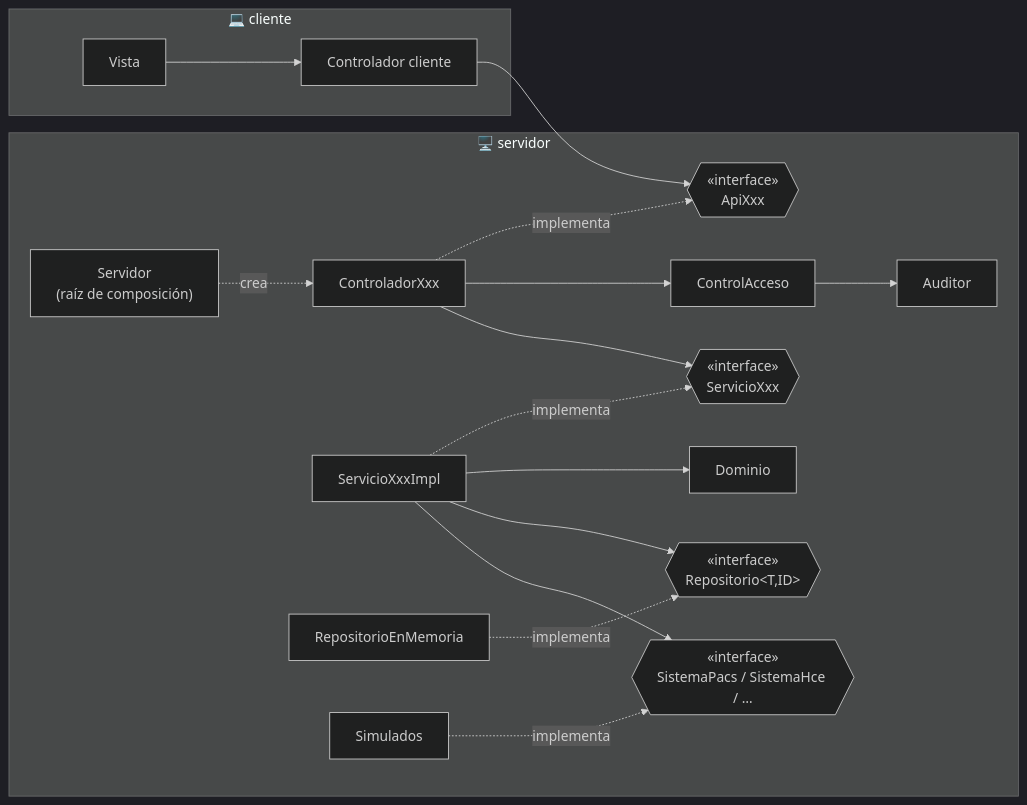
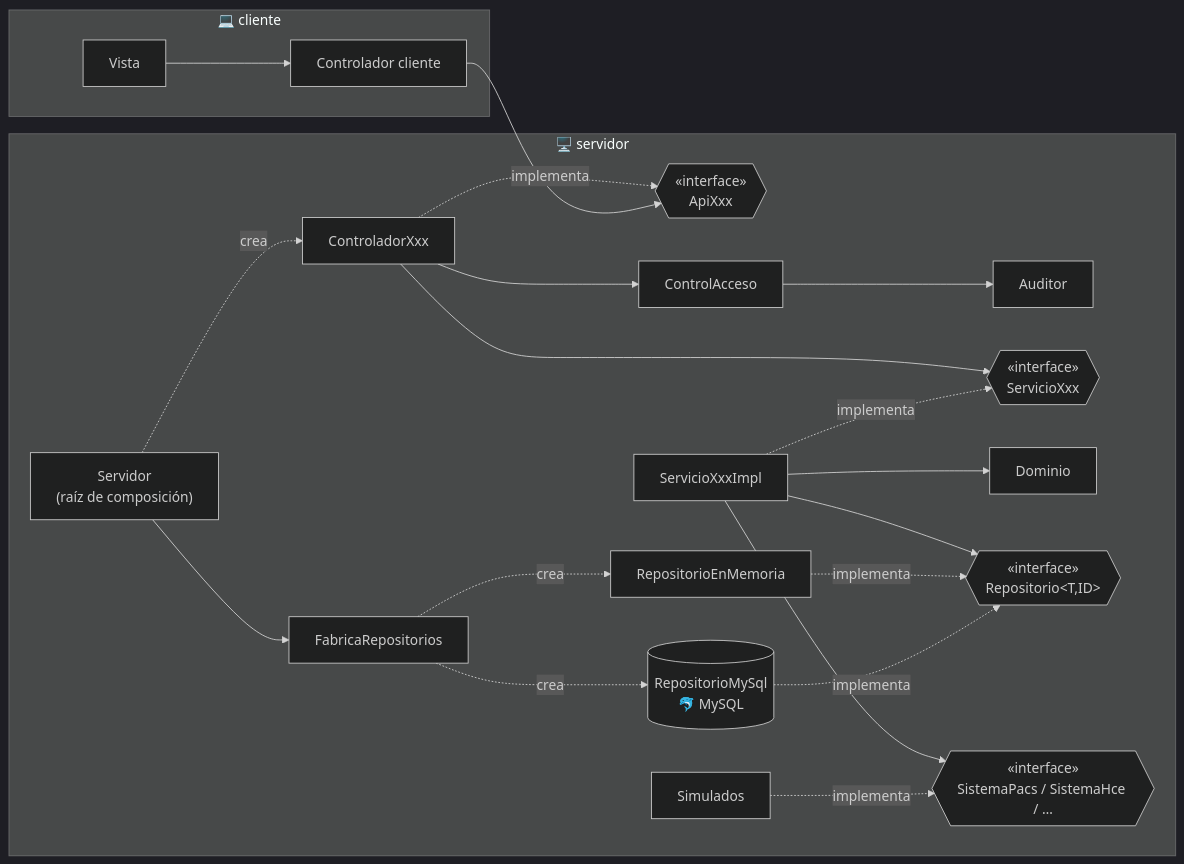
One commit to CarmenOrmeno/ISO26-ISO2-Grupo changed the first of 2 diagrams in docs/wiki/Arquitectura.md. Above: the diagram before and after it, drawn with Mermaid (dark theme). The commit also changed other lines of this file and 5 other files, not shown here.

````diff
--- a/docs/wiki/Arquitectura.md
+++ b/docs/wiki/Arquitectura.md
@@ -22,31 +22,37 @@
 ```mermaid
 flowchart LR
     subgraph CLI["💻 cliente"]
         V["Vista"] --> CC["Controlador cliente"]
     end
     subgraph SRV["🖥️ servidor"]
         API{{"«interface»<br/>ApiXxx"}}
         CTRL["ControladorXxx"]
         CA["ControlAcceso"]
         AUD["Auditor"]
         SRVI{{"«interface»<br/>ServicioXxx"}}
         IMPL["ServicioXxxImpl"]
         DOM["Dominio"]
         REP{{"«interface»<br/>Repositorio&lt;T,ID&gt;"}}
         MEM["RepositorioEnMemoria"]
+        SQL[("RepositorioMySql<br/>🐬 MySQL")]
+        FAB["FabricaRepositorios"]
         EXT{{"«interface»<br/>SistemaPacs / SistemaHce / …"}}
         SIM["Simulados"]
         SERV["Servidor<br/>(raíz de composición)"]
         CTRL -. implementa .-> API
         CTRL --> CA --> AUD
         CTRL --> SRVI
         IMPL -. implementa .-> SRVI
         IMPL --> DOM
         IMPL --> REP
         MEM -. implementa .-> REP
+        SQL -. implementa .-> REP
+        SERV --> FAB
+        FAB -. crea .-> MEM
+        FAB -. crea .-> SQL
         IMPL --> EXT
         SIM -. implementa .-> EXT
         SERV -. crea .-> CTRL
     end
     CC --> API
 ```
````
